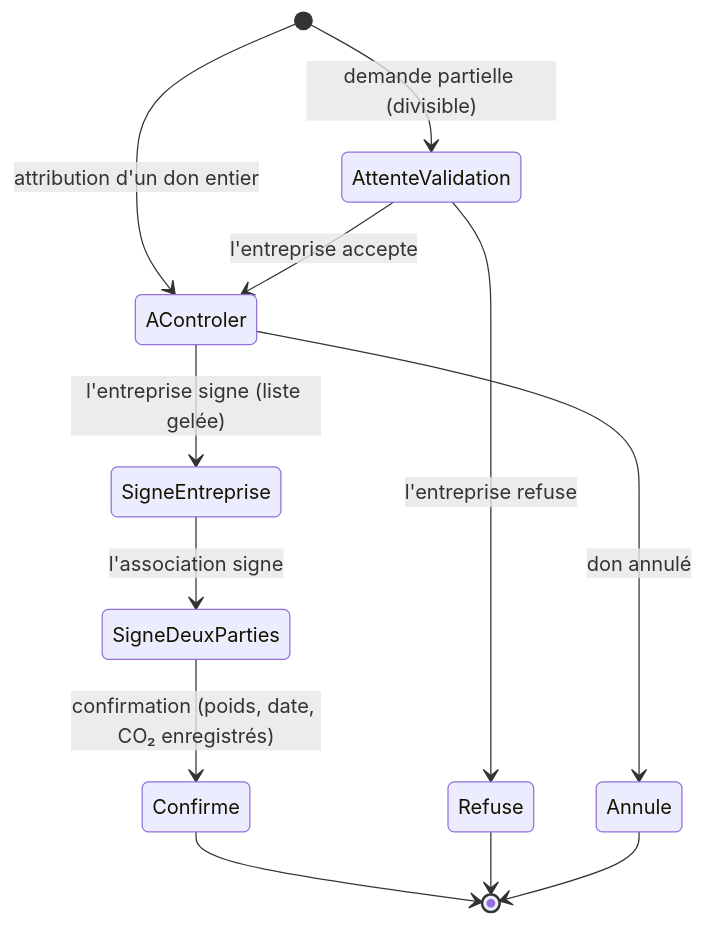
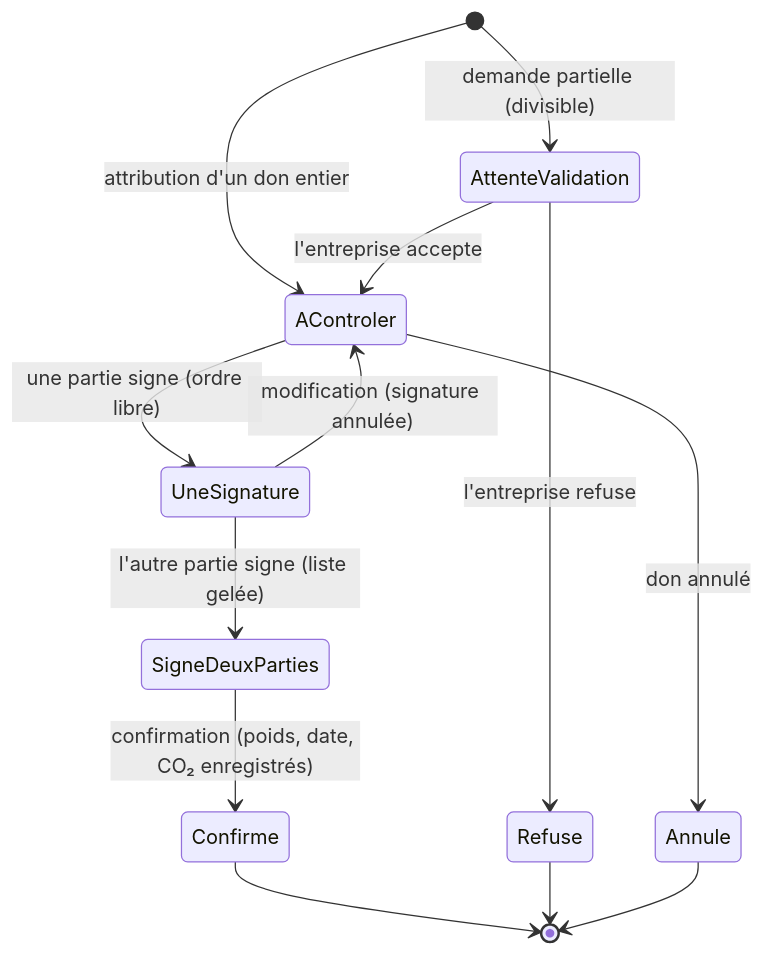
One commit to Bruno-Nicolas-creator/App_TraceDon_dons-invendus changed the tenth of 11 diagrams in docs/cahier-des-charges-parcours.md. Above: the diagram before and after it, drawn with Mermaid. The commit also changed other lines of this file and 22 other files, not shown here.

First line of the commit message:
Rend le bon d'enlèvement et la convention signables dans l'ordre libre, notifie les attributions et corrige les limites connues simples

````diff
--- a/docs/cahier-des-charges-parcours.md
+++ b/docs/cahier-des-charges-parcours.md
@@ -740,14 +740,15 @@
 ```mermaid
 stateDiagram-v2
   [*] --> AttenteValidation: demande partielle (divisible)
   [*] --> AControler: attribution d'un don entier
   AttenteValidation --> AControler: l'entreprise accepte
   AttenteValidation --> Refuse: l'entreprise refuse
-  AControler --> SigneEntreprise: l'entreprise signe (liste gelée)
-  SigneEntreprise --> SigneDeuxParties: l'association signe
+  AControler --> UneSignature: une partie signe (ordre libre)
+  UneSignature --> AControler: modification (signature annulée)
+  UneSignature --> SigneDeuxParties: l'autre partie signe (liste gelée)
   SigneDeuxParties --> Confirme: confirmation (poids, date, CO₂ enregistrés)
   AControler --> Annule: don annulé
   Confirme --> [*]
   Refuse --> [*]
   Annule --> [*]
 ```
````
